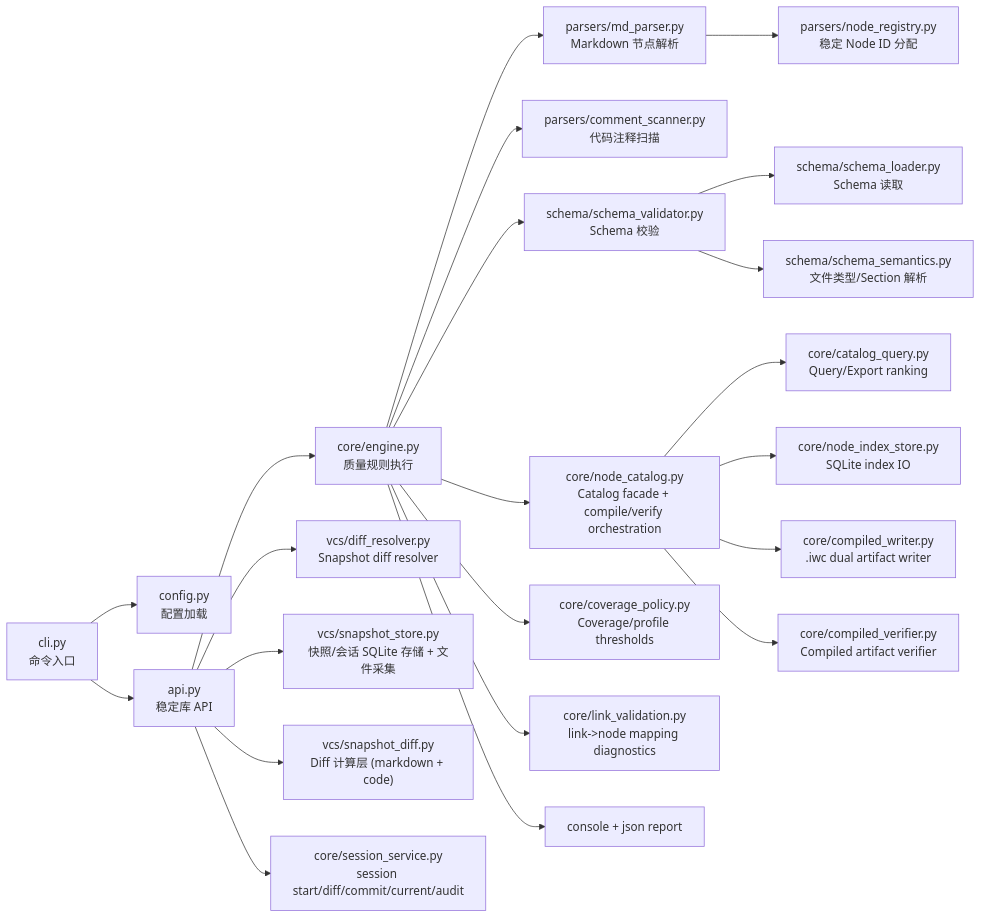
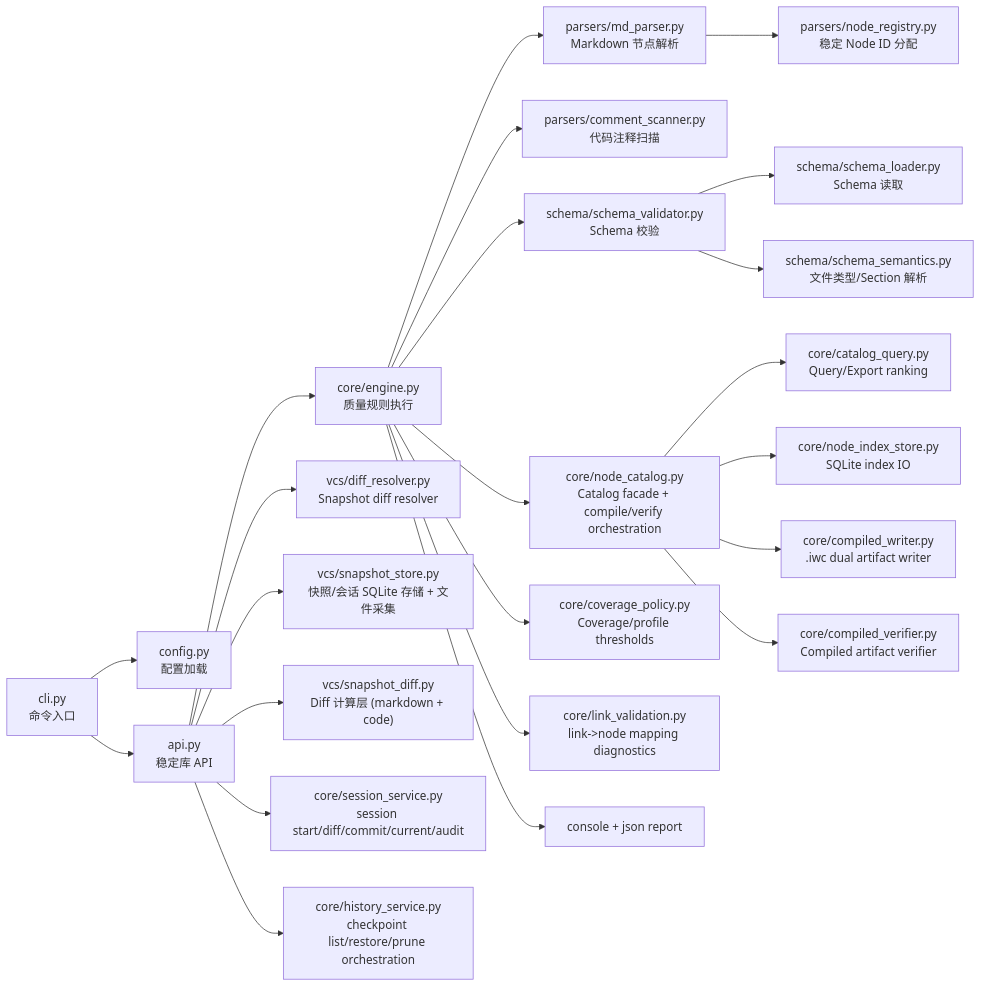
The first of 5 diagrams in iwp_lint/ARCHITECTURE.md (InstructWare/iwp-tools), drawn with Mermaid before and after one commit. The commit also changed other lines of this file and 18 other files, not shown here.

````diff
--- a/iwp_lint/ARCHITECTURE.md
+++ b/iwp_lint/ARCHITECTURE.md
@@ -26,27 +26,28 @@
 ```mermaid
 flowchart LR
   CLI["cli.py\n命令入口"] --> CFG["config.py\n配置加载"]
   CLI --> API["api.py\n稳定库 API"]
   API --> ENG["core/engine.py\n质量规则执行"]
 
   ENG --> MP["parsers/md_parser.py\nMarkdown 节点解析"]
   MP --> NR["parsers/node_registry.py\n稳定 Node ID 分配"]
 
   ENG --> CS["parsers/comment_scanner.py\n代码注释扫描"]
   ENG --> SV["schema/schema_validator.py\nSchema 校验"]
   SV --> SL["schema/schema_loader.py\nSchema 读取"]
   SV --> SS["schema/schema_semantics.py\n文件类型/Section 解析"]
   API --> DF["vcs/diff_resolver.py\nSnapshot diff resolver"]
   API --> SP["vcs/snapshot_store.py\n快照/会话 SQLite 存储 + 文件采集"]
   API --> SD["vcs/snapshot_diff.py\nDiff 计算层 (markdown + code)"]
   ENG --> NC["core/node_catalog.py\nCatalog facade + compile/verify orchestration"]
   NC --> NQ["core/catalog_query.py\nQuery/Export ranking"]
   NC --> NI["core/node_index_store.py\nSQLite index IO"]
   NC --> CW["core/compiled_writer.py\n.iwc dual artifact writer"]
   NC --> CV["core/compiled_verifier.py\nCompiled artifact verifier"]
   ENG --> CP["core/coverage_policy.py\nCoverage/profile thresholds"]
   ENG --> LV["core/link_validation.py\nlink->node mapping diagnostics"]
   API --> SES["core/session_service.py\nsession start/diff/commit/current/audit"]
+  API --> HIS["core/history_service.py\ncheckpoint list/restore/prune orchestration"]
 
   ENG --> OUT["console + json report"]
 ```
````
